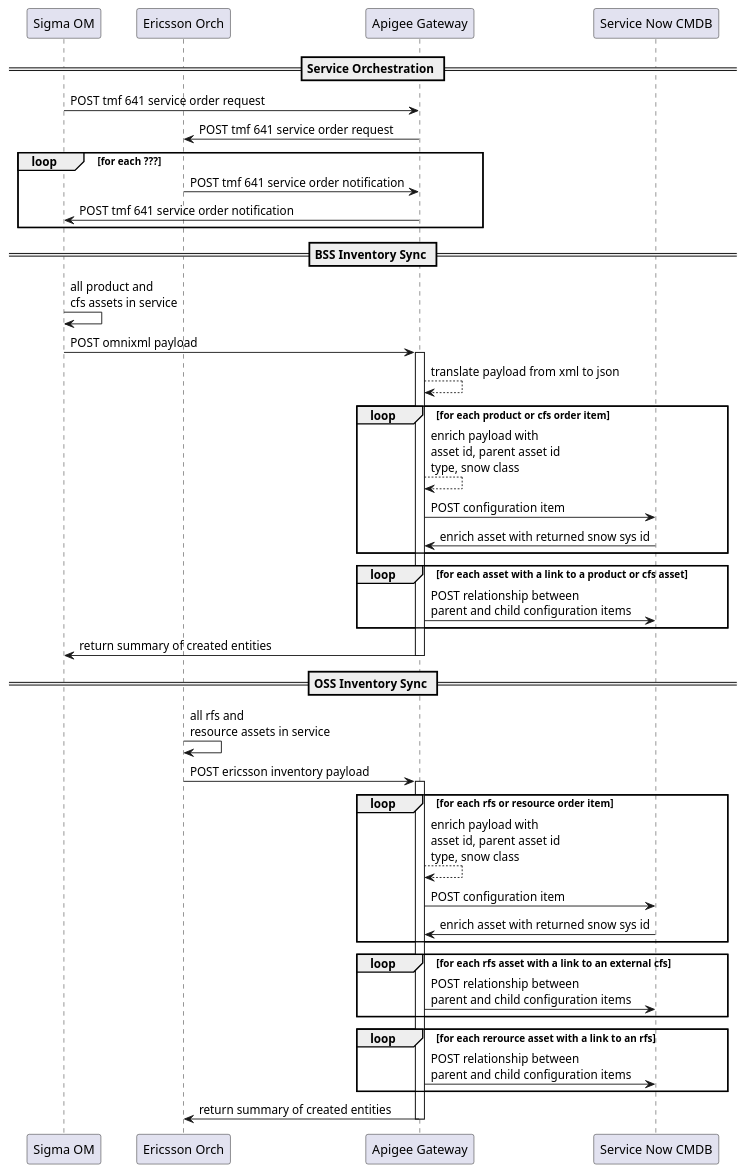
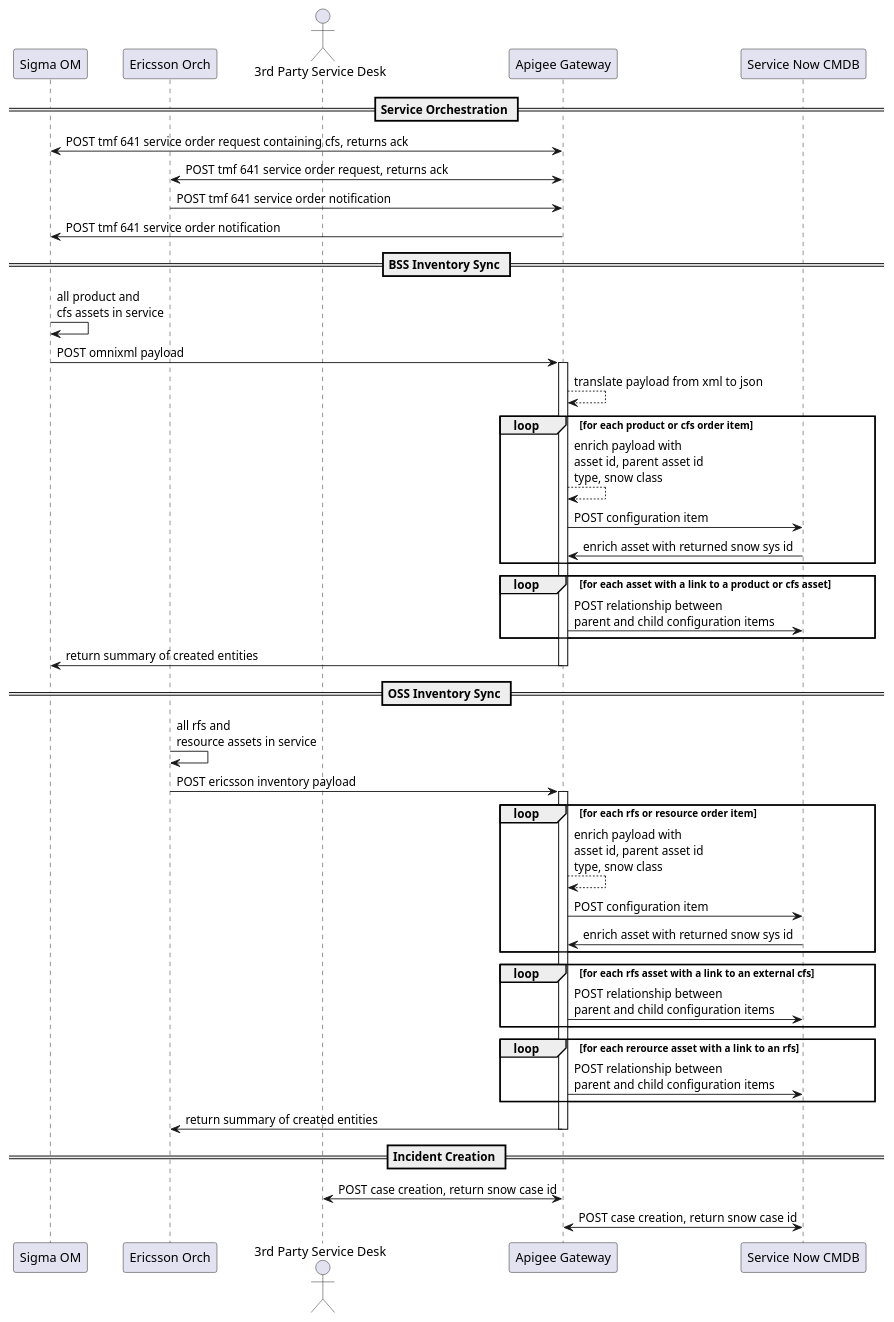
One commit to stevocurtis/nodejs-playpen changed the diagram in docs/integration-flow-sequence.puml. Above: the diagram before and after it, drawn with PlantUML.

Commit message:
Added Service Desk user to the sequence flow

```diff
--- a/docs/integration-flow-sequence.puml
+++ b/docs/integration-flow-sequence.puml
@@ -1,64 +1,70 @@
 @startuml
 ' box "BSS"
 participant "Sigma OM" as sigma
 ' end box
 ' box "OSS"
 participant "Ericsson Orch" as ericsson
 ' end box
 ' box "Integration"
+actor "3rd Party Service Desk" as inlifeuser
 participant "Apigee Gateway" as apigee
 ' end box
 ' box "Inlife"
 participant "Service Now CMDB" as snow
+
 ' end box
 == Service Orchestration ==
-sigma -> apigee: POST tmf 641 service order request
-apigee -> ericsson: POST tmf 641 service order request
-loop for each ???
+sigma <-> apigee: POST tmf 641 service order request containing cfs, returns ack
+apigee <-> ericsson: POST tmf 641 service order request, returns ack
+' loop for each cfs
 ericsson -> apigee: POST tmf 641 service order notification
 apigee -> sigma: POST tmf 641 service order notification
-end
+' end
 
 == BSS Inventory Sync ==
 sigma -> sigma: all product and\ncfs assets in service
 sigma -> apigee: POST omnixml payload
 activate apigee
 
 apigee --> apigee: translate payload from xml to json
 loop for each product or cfs order item
 apigee --> apigee: enrich payload with\nasset id, parent asset id\ntype, snow class
 
 apigee -> snow: POST configuration item
 snow -> apigee: enrich asset with returned snow sys id
 end
 
 loop for each asset with a link to a product or cfs asset
 apigee -> snow: POST relationship between\nparent and child configuration items
 end
 
 apigee -> sigma: return summary of created entities
 deactivate apigee
 
 == OSS Inventory Sync ==
 ericsson -> ericsson: all rfs and\nresource assets in service
 ericsson -> apigee: POST ericsson inventory payload
 activate apigee
 
 loop for each rfs or resource order item
 apigee --> apigee: enrich payload with\nasset id, parent asset id\ntype, snow class
 
 apigee -> snow: POST configuration item
 snow -> apigee: enrich asset with returned snow sys id
 end
 
 loop for each rfs asset with a link to an external cfs
 apigee -> snow: POST relationship between\nparent and child configuration items
 end
 
 loop for each rerource asset with a link to an rfs
 apigee -> snow: POST relationship between\nparent and child configuration items
 end
 
 apigee -> ericsson: return summary of created entities
 deactivate apigee
+
+== Incident Creation ==
+inlifeuser <-> apigee: POST case creation, return snow case id
+apigee <-> snow: POST case creation, return snow case id
 @enduml
```
